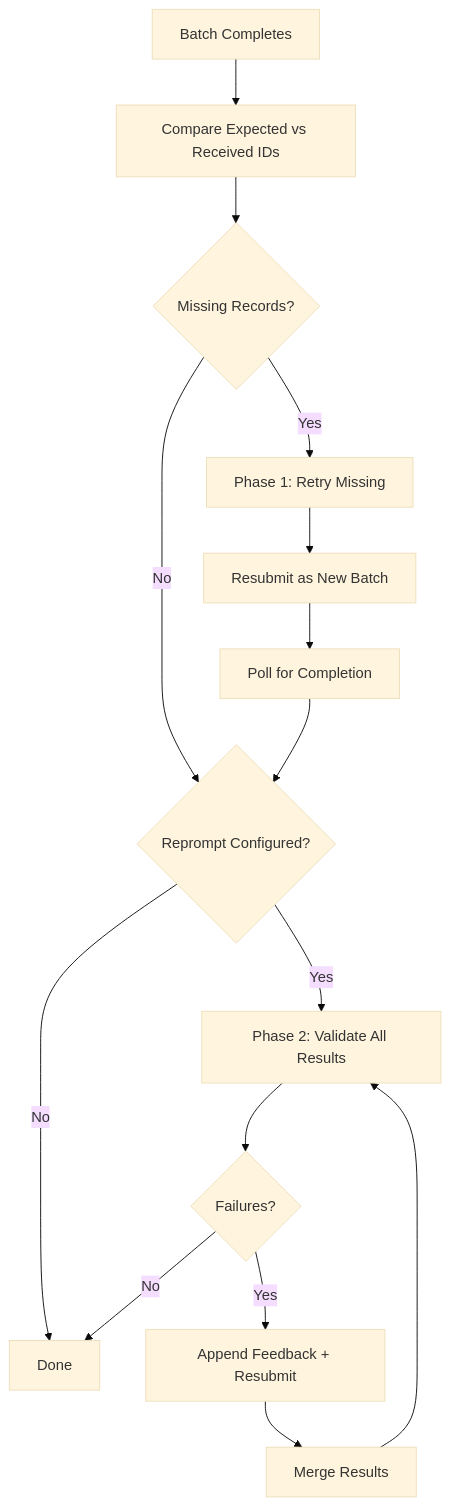
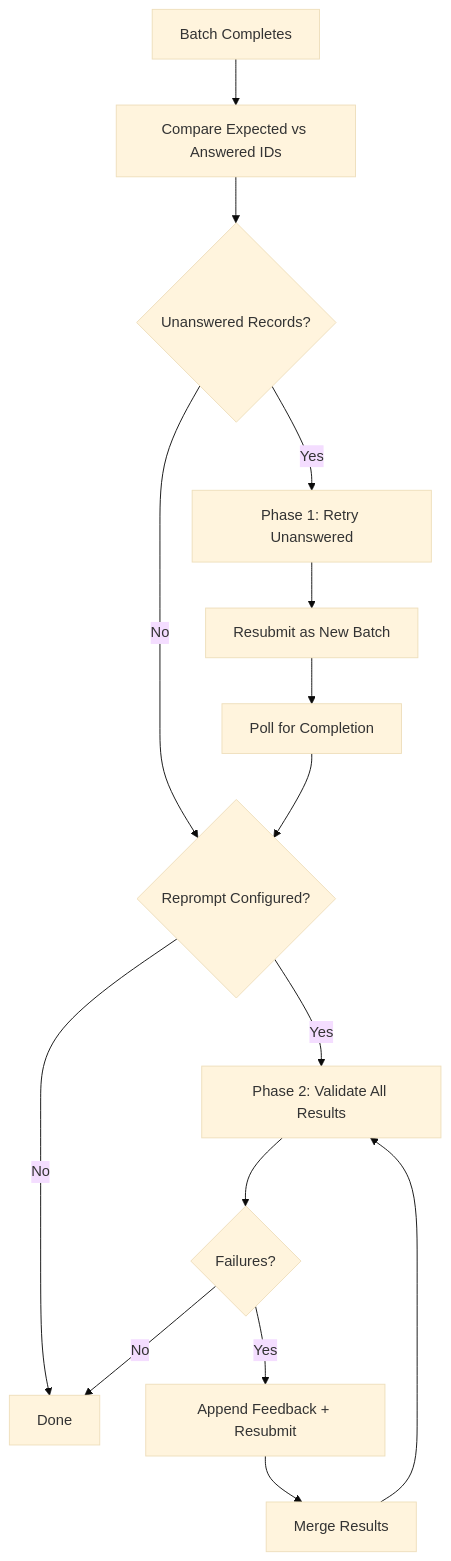
The diagram in docs.agent-actions/docs/reference/execution/batch-recovery.md (Muizzkolapo/agent-actions), drawn with Mermaid (base theme) before and after one commit. The commit also changed other lines of this file and 9 other files, not shown here.

First line of the commit message:
fix(batch): retry resubmits a record the provider did not answer (#943)

````diff
--- a/docs.agent-actions/docs/reference/execution/batch-recovery.md
+++ b/docs.agent-actions/docs/reference/execution/batch-recovery.md
@@ -14,17 +14,17 @@
 ```mermaid
 flowchart TD
-    A[Batch Completes] --> B[Compare Expected vs Received IDs]
-    B --> C{Missing Records?}
-    C -->|Yes| D[Phase 1: Retry Missing]
+    A[Batch Completes] --> B[Compare Expected vs Answered IDs]
+    B --> C{Unanswered Records?}
+    C -->|Yes| D[Phase 1: Retry Unanswered]
     C -->|No| G
     D --> E[Resubmit as New Batch]
     E --> F[Poll for Completion]
     F --> G{Reprompt Configured?}
     G -->|Yes| H[Phase 2: Validate All Results]
     G -->|No| L[Done]
     H --> I{Failures?}
     I -->|Yes| J[Append Feedback + Resubmit]
     J --> K[Merge Results]
     K --> H
     I -->|No| L
 ```
````
